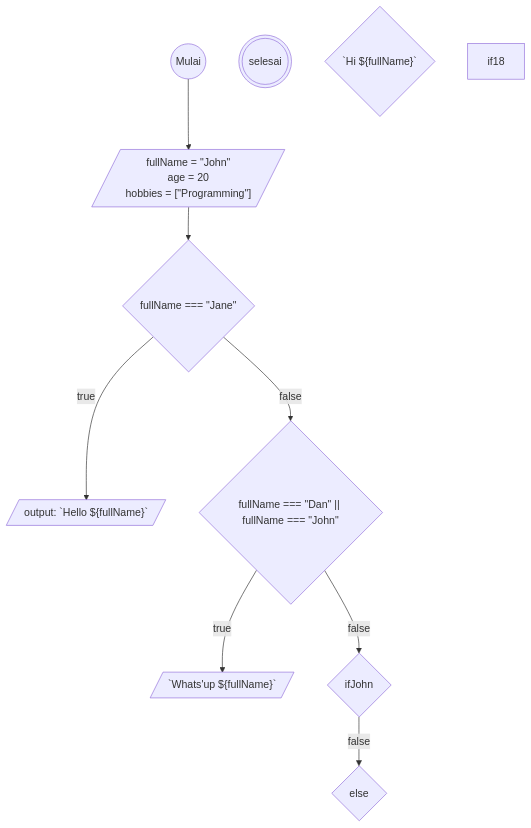
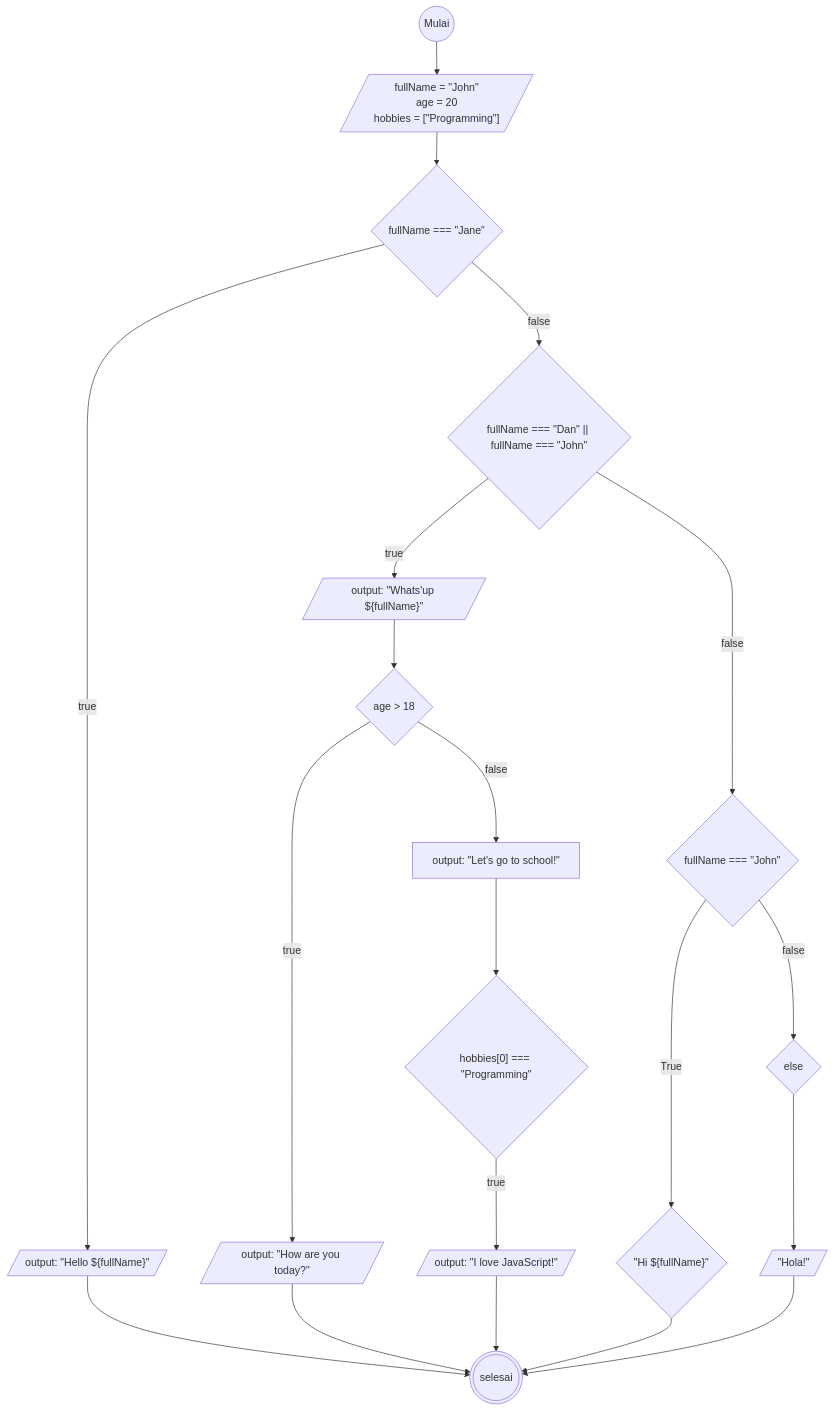
Before and after one commit to mslthn/koda-b6-javascript1: the diagram in task3.md, drawn with Mermaid.

````diff
--- a/task3.md
+++ b/task3.md
@@ -1,31 +1,43 @@
 ```mermaid
 flowchart TD
     mulai@{ shape: circ, label: "Mulai"}
     selesai@{shape: dbl-circ}
     def@{shape: lean-r, label: "fullName = #quot;John#quot;
     age = 20
     hobbies = [#quot;Programming#quot;]"}
 
     ifJane@{shape: diamond, label: "fullName === #quot;Jane#quot;"}
-    benarJane@{shape: lean-r, label: "output: `Hello ${fullName}`"}
+    benarJane@{shape: lean-r, label: "output: #quot;Hello ${fullName}#quot;"}
 
     ifDanJohn@{shape: diamond, label: "fullName === #quot;Dan#quot; || fullName === #quot;John#quot;"}
-    outDanJohn@{shape: lean-r, label: "`Whats'up ${fullName}`"}
+    outDanJohn@{shape: lean-r, label: "output: #quot;Whats'up ${fullName}#quot;"}
 
-    ifJohn@{shape: diamond}
-    benarJohn@{shape: diamond, label: "`Hi ${fullName}`"}
+    ifJohn@{shape: diamond, label: "fullName === #quot;John#quot;"}
+    benarJohn@{shape: diamond, label: "#quot;Hi ${fullName}#quot;"}
 
     else@{shape: diamond}
+    hola@{shape: lean-r, label: "#quot;Hola!#quot;"}
 
-    if18@{shape diamond}
+    if18@{shape: diamond, label: "age > 18"}
+    benar18@{shape: lean-r, label: "output: #quot;How are you today?#quot;"}
+    salah18@{shape:lean-r, label: "output: #quot;Let's go to school!#quot;"}
+
+    ifHobi@{shape: diamond, label: "hobbies[0] === #quot;Programming#quot;"}
+    benarHobi@{shape: lean-r, label: "output: #quot;I love JavaScript!#quot;"}
+
 
     
 
 mulai-->def-->ifJane
-ifJane-->|true| benarJane
+ifJane-->|true| benarJane-->selesai
 ifJane-->|false| ifDanJohn
-ifDanJohn-->|true| outDanJohn
+ifDanJohn-->|true| outDanJohn-->if18
+if18-->|true| benar18-->selesai
+if18-->|false| salah18
+salah18-->ifHobi
+ifHobi-->|true| benarHobi-->selesai
+
 ifDanJohn-->|false| ifJohn
-ifJohn
-ifJohn-->|false| else
+ifJohn-->|True| benarJohn-->selesai
+ifJohn-->|false| else-->hola-->selesai
 ```
````
